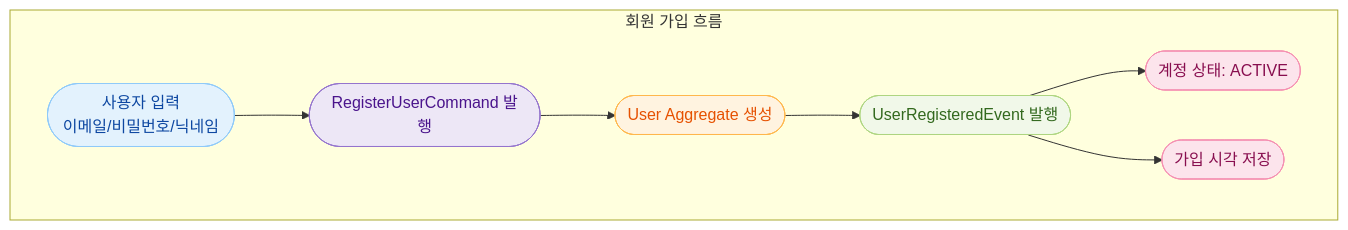
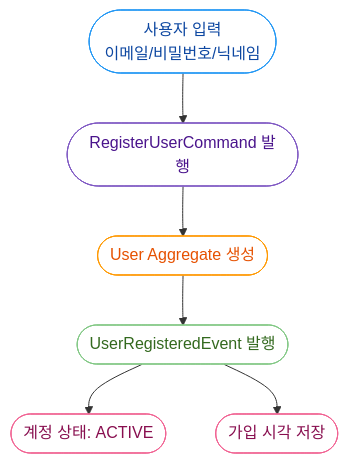
The second of 4 diagrams in user-service/docs/user-domain-language.md (geoncheollee/msa-ecommerce-platform), drawn with Mermaid before and after one commit. The commit also changed other lines of this file, not shown here.

````diff
--- a/user-service/docs/user-domain-language.md
+++ b/user-service/docs/user-domain-language.md
@@ -129,20 +129,18 @@
 ```mermaid
 flowchart TD
-    subgraph 회원 가입 흐름
-        A([사용자 입력<br/>이메일/비밀번호/닉네임]):::input
-        B([RegisterUserCommand 발행]):::command
-        C([User Aggregate 생성]):::aggregate
-        D([UserRegisteredEvent 발행]):::event
-        E([계정 상태: ACTIVE]):::state
-        F([가입 시각 저장]):::state
+    A([사용자 입력<br/>이메일/비밀번호/닉네임]):::input
+    B([RegisterUserCommand 발행]):::command
+    C([User Aggregate 생성]):::aggregate
+    D([UserRegisteredEvent 발행]):::event
+    E([계정 상태: ACTIVE]):::state
+    F([가입 시각 저장]):::state
 
-        A --> B --> C --> D --> E
-        D --> F
-    end
+    A --> B --> C --> D --> E
+    D --> F
 
-    classDef input fill:#e3f2fd,stroke:#90caf9,color:#0d47a1;
-    classDef command fill:#ede7f6,stroke:#9575cd,color:#4a148c;
-    classDef aggregate fill:#fff3e0,stroke:#ffb74d,color:#e65100;
-    classDef event fill:#f1f8e9,stroke:#aed581,color:#33691e;
-    classDef state fill:#fce4ec,stroke:#f48fb1,color:#880e4f;
+    classDef input fill:#ffffff,stroke:#2196f3,color:#0d47a1;
+    classDef command fill:#ffffff,stroke:#7e57c2,color:#4a148c;
+    classDef aggregate fill:#ffffff,stroke:#ff9800,color:#e65100;
+    classDef event fill:#ffffff,stroke:#81c784,color:#33691e;
+    classDef state fill:#ffffff,stroke:#f06292,color:#880e4f;
 ```
````
